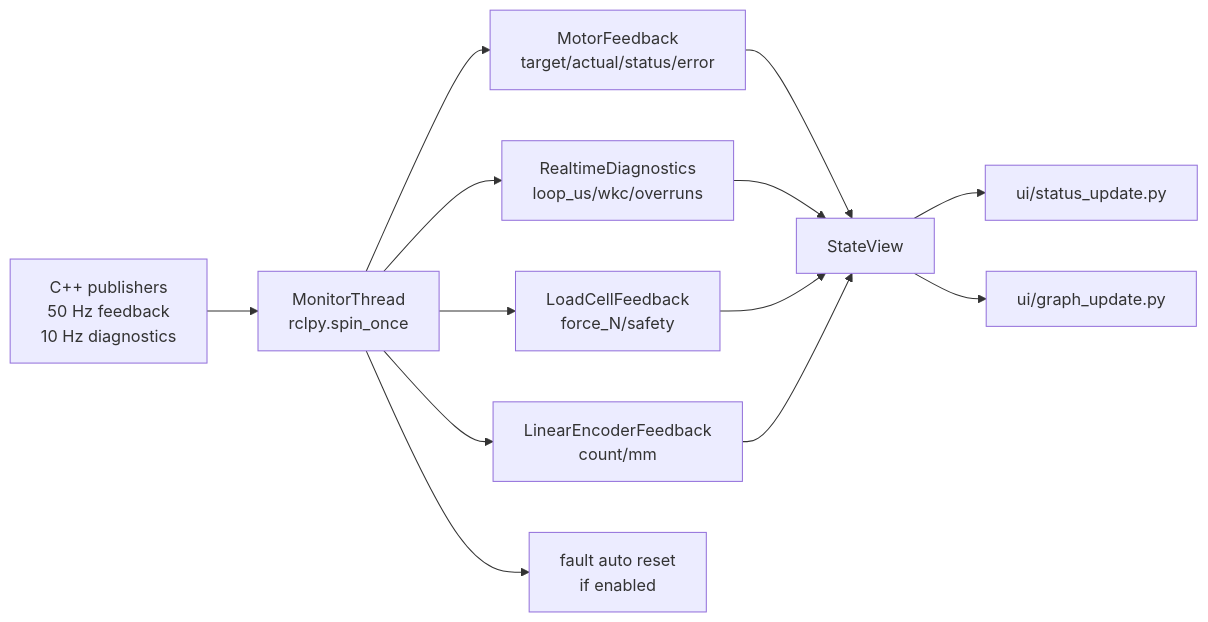
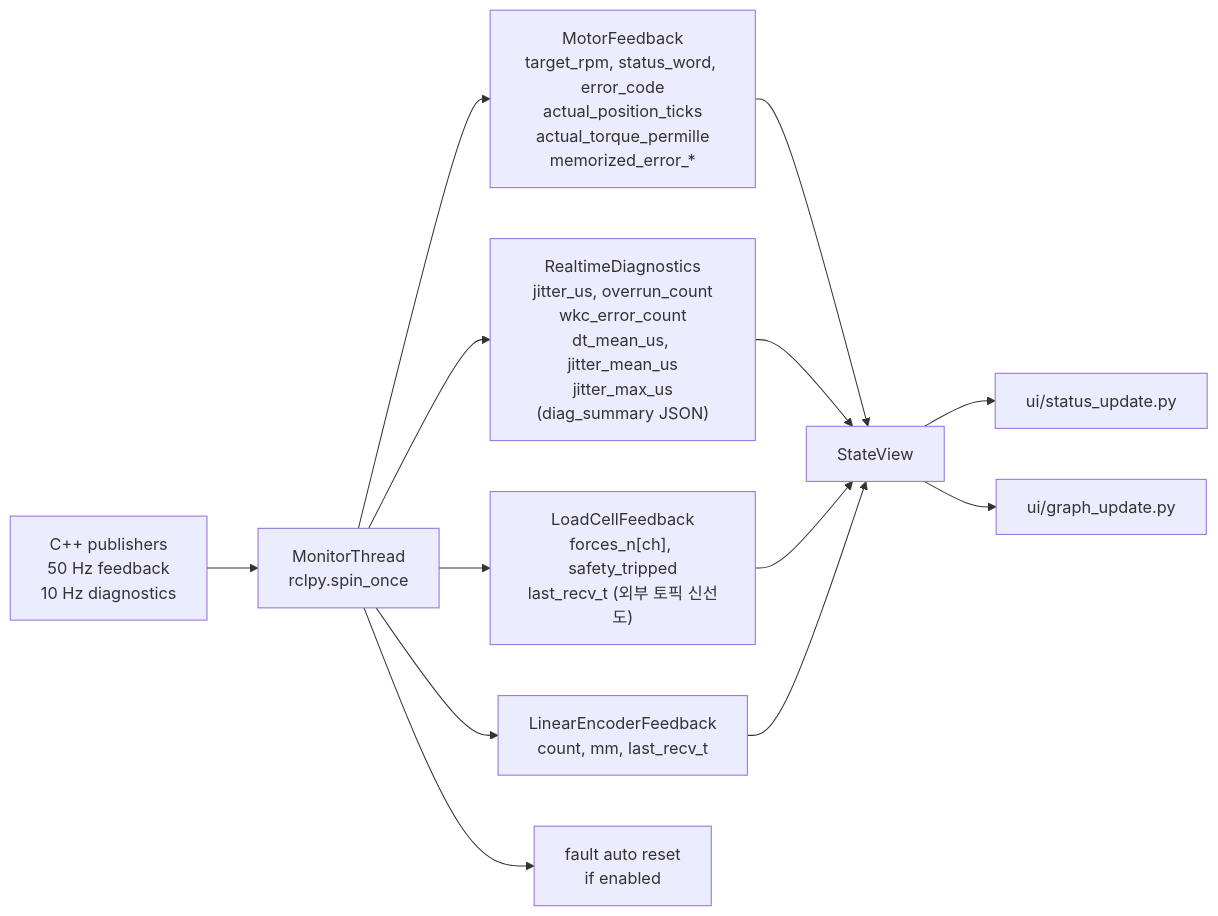
One commit to inlight37-design/motor_control changed the fifth of 8 diagrams in docs/architecture_map.md. Above: the diagram before and after it, drawn with Mermaid. The commit also changed other lines of this file and 1 other file, not shown here.

````diff
--- a/docs/architecture_map.md
+++ b/docs/architecture_map.md
@@ -205,18 +216,18 @@
 ```mermaid
 flowchart LR
     CppPub["C++ publishers<br/>50 Hz feedback<br/>10 Hz diagnostics"] --> Monitor["MonitorThread<br/>rclpy.spin_once"]
 
-    Monitor --> MotorFb["MotorFeedback<br/>target/actual/status/error"]
-    Monitor --> RtDiag["RealtimeDiagnostics<br/>loop_us/wkc/overruns"]
-    Monitor --> LoadFb["LoadCellFeedback<br/>force_N/safety"]
-    Monitor --> LinearFb["LinearEncoderFeedback<br/>count/mm"]
+    Monitor --> MotorFb["MotorFeedback<br/>target_rpm, status_word, error_code<br/>actual_position_ticks<br/>actual_torque_permille<br/>memorized_error_*"]
+    Monitor --> RtDiag["RealtimeDiagnostics<br/>jitter_us, overrun_count<br/>wkc_error_count<br/>dt_mean_us, jitter_mean_us<br/>jitter_max_us<br/>(diag_summary JSON)"]
+    Monitor --> LoadFb["LoadCellFeedback<br/>forces_n[ch], safety_tripped<br/>last_recv_t (외부 토픽 신선도)"]
+    Monitor --> LinearFb["LinearEncoderFeedback<br/>count, mm, last_recv_t"]
 
     MotorFb --> StateView["StateView"]
     RtDiag --> StateView
     LoadFb --> StateView
     LinearFb --> StateView
 
     StateView --> Status["ui/status_update.py"]
     StateView --> Graph["ui/graph_update.py"]
     Monitor --> Fault["fault auto reset<br/>if enabled"]
 ```
````
